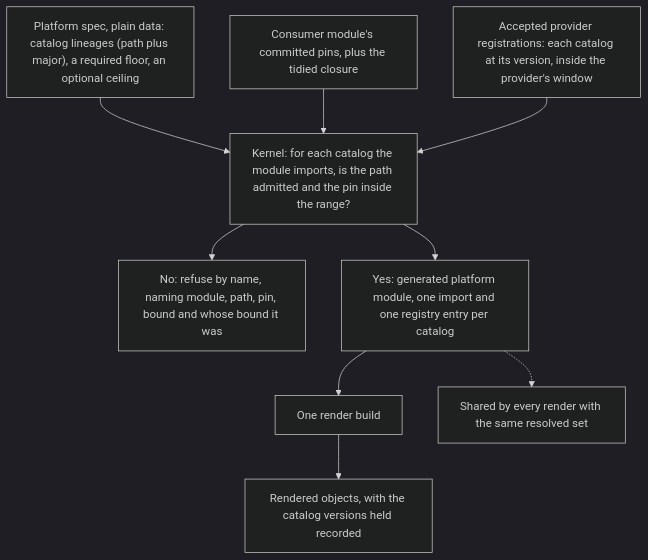
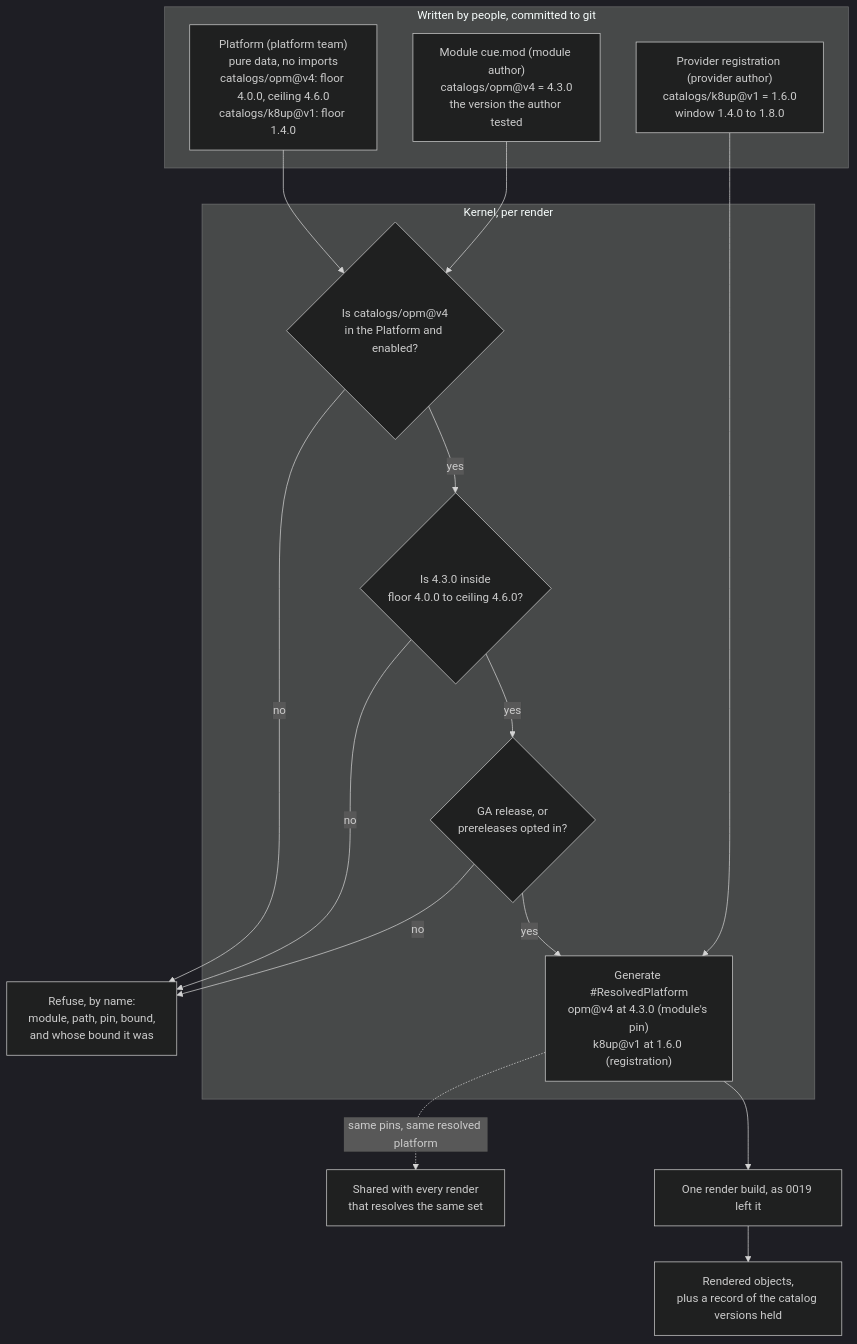
Before and after one commit to open-platform-model/enhancements: the diagram in 0026/README.md, drawn with Mermaid (dark theme). The commit also changed other lines of this file and 10 other files, not shown here.

First line of the commit message:
docs(0026): name the authored platform, add prerelease opt-in

````diff
--- a/0026/README.md
+++ b/0026/README.md
@@ -23,11 +25,28 @@
 ```mermaid
 flowchart TD
-    spec["Platform spec, plain data: catalog lineages (path plus major), a required floor, an optional ceiling"] --> kernel
-    pins["Consumer module's committed pins, plus the tidied closure"] --> kernel
-    reg["Accepted provider registrations: each catalog at its version, inside the provider's window"] --> kernel
-    kernel["Kernel: for each catalog the module imports, is the path admitted and the pin inside the range?"] --> refuse["No: refuse by name, naming module, path, pin, bound and whose bound it was"]
-    kernel --> gen["Yes: generated platform module, one import and one registry entry per catalog"]
-    gen --> build["One render build"]
-    build --> rendered["Rendered objects, with the catalog versions held recorded"]
-    gen -.-> share["Shared by every render with the same resolved set"]
+    subgraph authored["Written by people, committed to git"]
+        platform["Platform (platform team)<br/>pure data, no imports<br/>catalogs/opm@v4: floor 4.0.0, ceiling 4.6.0<br/>catalogs/k8up@v1: floor 1.4.0"]
+        module["Module cue.mod (module author)<br/>catalogs/opm@v4 = 4.3.0<br/>the version the author tested"]
+        provider["Provider registration (provider author)<br/>catalogs/k8up@v1 = 1.6.0<br/>window 1.4.0 to 1.8.0"]
+    end
+
+    subgraph kernel["Kernel, per render"]
+        admitted{"Is catalogs/opm@v4<br/>in the Platform and enabled?"}
+        inrange{"Is 4.3.0 inside<br/>floor 4.0.0 to ceiling 4.6.0?"}
+        ga{"GA release, or<br/>prereleases opted in?"}
+        generate["Generate #ResolvedPlatform<br/>opm@v4 at 4.3.0 (module's pin)<br/>k8up@v1 at 1.6.0 (registration)"]
+    end
+
+    platform --> admitted
+    module --> admitted
+    provider --> generate
+    admitted -- yes --> inrange
+    inrange -- yes --> ga
+    ga -- yes --> generate
+    admitted -- no --> refuse["Refuse, by name:<br/>module, path, pin, bound,<br/>and whose bound it was"]
+    inrange -- no --> refuse
+    ga -- no --> refuse
+    generate --> build["One render build, as 0019 left it"]
+    build --> out["Rendered objects,<br/>plus a record of the catalog versions held"]
+    generate -. "same pins, same resolved platform" .-> cache["Shared with every render<br/>that resolves the same set"]
 ```
````
